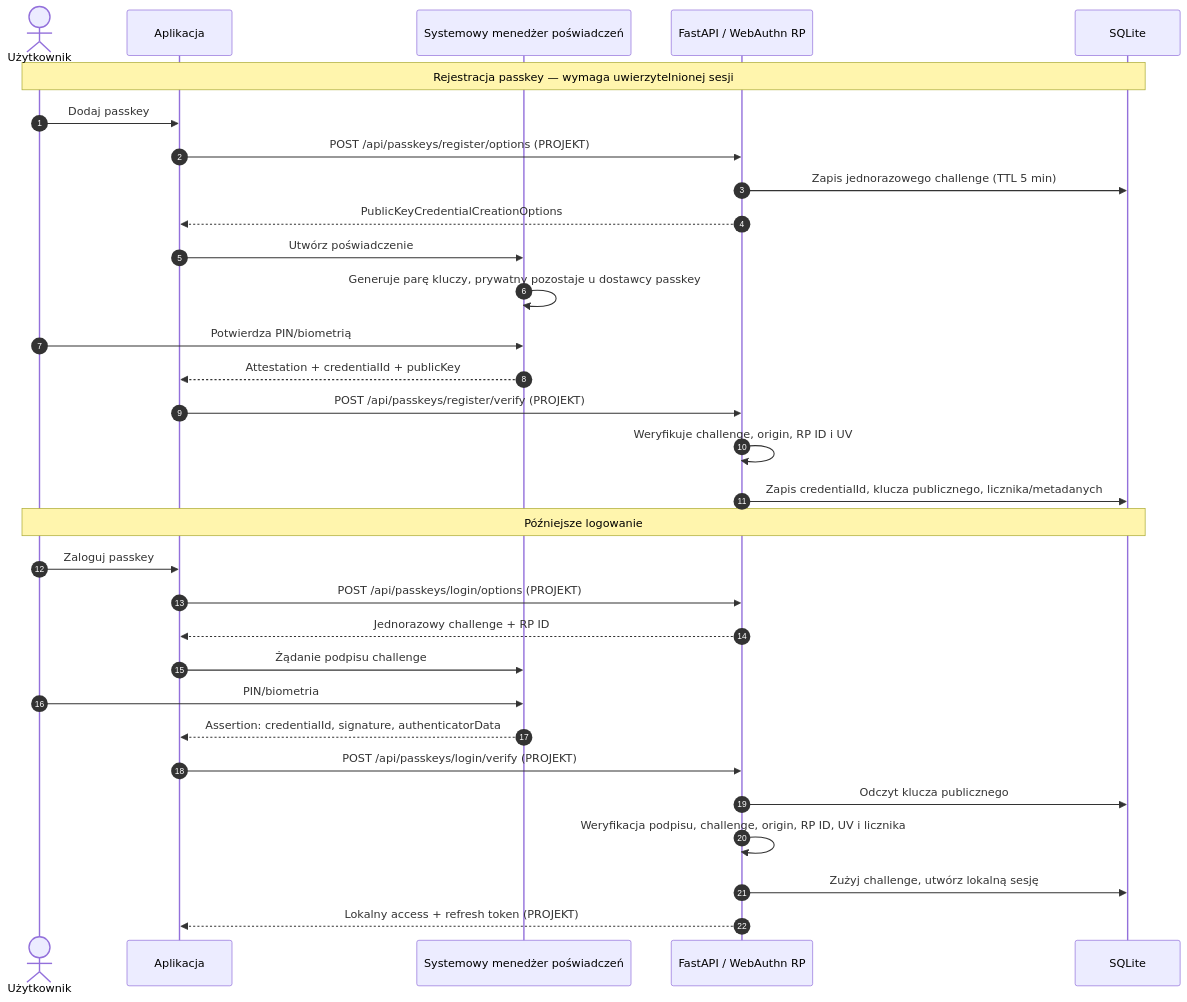
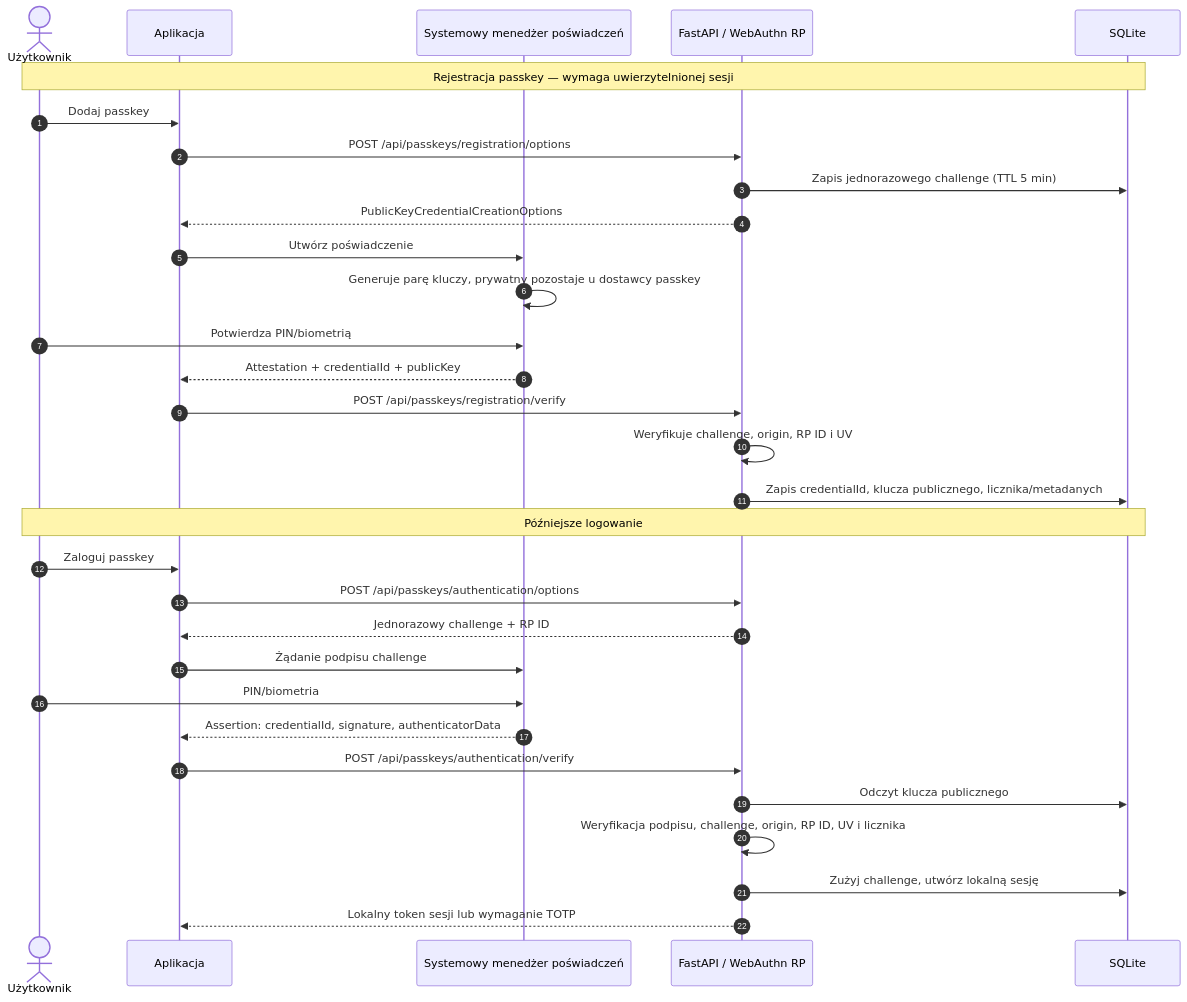
Before and after one commit to RadoslawRajda/PecuniaNonOlet: the fifth of 5 diagrams in docs/sesja/uwierzytelnianie.md, drawn with Mermaid. The commit also changed other lines of this file and 34 other files, not shown here.

````diff
--- a/docs/sesja/uwierzytelnianie.md
+++ b/docs/sesja/uwierzytelnianie.md
@@ -156,33 +159,33 @@
 ```mermaid
 sequenceDiagram
     autonumber
     actor U as Użytkownik
     participant A as Aplikacja
     participant M as Systemowy menedżer poświadczeń
     participant B as FastAPI / WebAuthn RP
     participant D as SQLite
     Note over U,D: Rejestracja passkey — wymaga uwierzytelnionej sesji
     U->>A: Dodaj passkey
-    A->>B: POST /api/passkeys/register/options (PROJEKT)
+    A->>B: POST /api/passkeys/registration/options
     B->>D: Zapis jednorazowego challenge (TTL 5 min)
     B-->>A: PublicKeyCredentialCreationOptions
     A->>M: Utwórz poświadczenie
     M->>M: Generuje parę kluczy, prywatny pozostaje u dostawcy passkey
     U->>M: Potwierdza PIN/biometrią
     M-->>A: Attestation + credentialId + publicKey
-    A->>B: POST /api/passkeys/register/verify (PROJEKT)
+    A->>B: POST /api/passkeys/registration/verify
     B->>B: Weryfikuje challenge, origin, RP ID i UV
     B->>D: Zapis credentialId, klucza publicznego, licznika/metadanych
     Note over U,D: Późniejsze logowanie
     U->>A: Zaloguj passkey
-    A->>B: POST /api/passkeys/login/options (PROJEKT)
+    A->>B: POST /api/passkeys/authentication/options
     B-->>A: Jednorazowy challenge + RP ID
     A->>M: Żądanie podpisu challenge
     U->>M: PIN/biometria
     M-->>A: Assertion: credentialId, signature, authenticatorData
-    A->>B: POST /api/passkeys/login/verify (PROJEKT)
+    A->>B: POST /api/passkeys/authentication/verify
     B->>D: Odczyt klucza publicznego
     B->>B: Weryfikacja podpisu, challenge, origin, RP ID, UV i licznika
     B->>D: Zużyj challenge, utwórz lokalną sesję
-    B-->>A: Lokalny access + refresh token (PROJEKT)
+    B-->>A: Lokalny token sesji lub wymaganie TOTP
 ```
````
